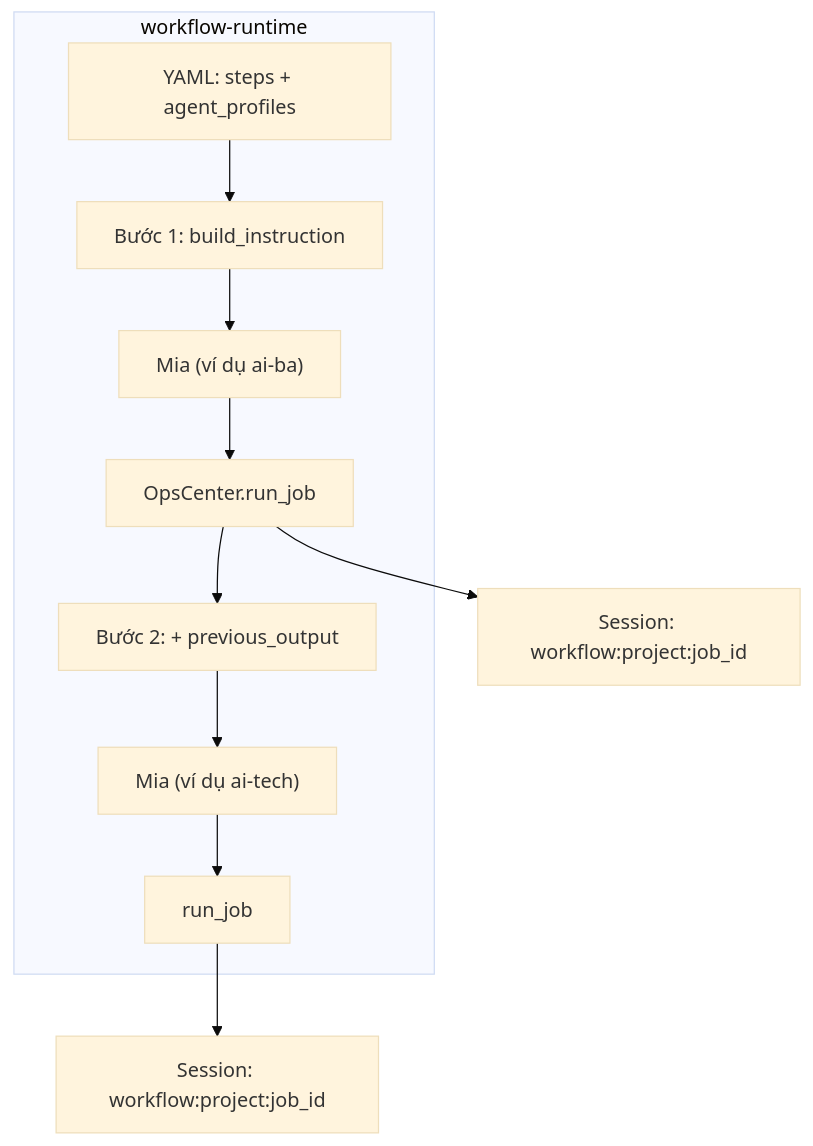
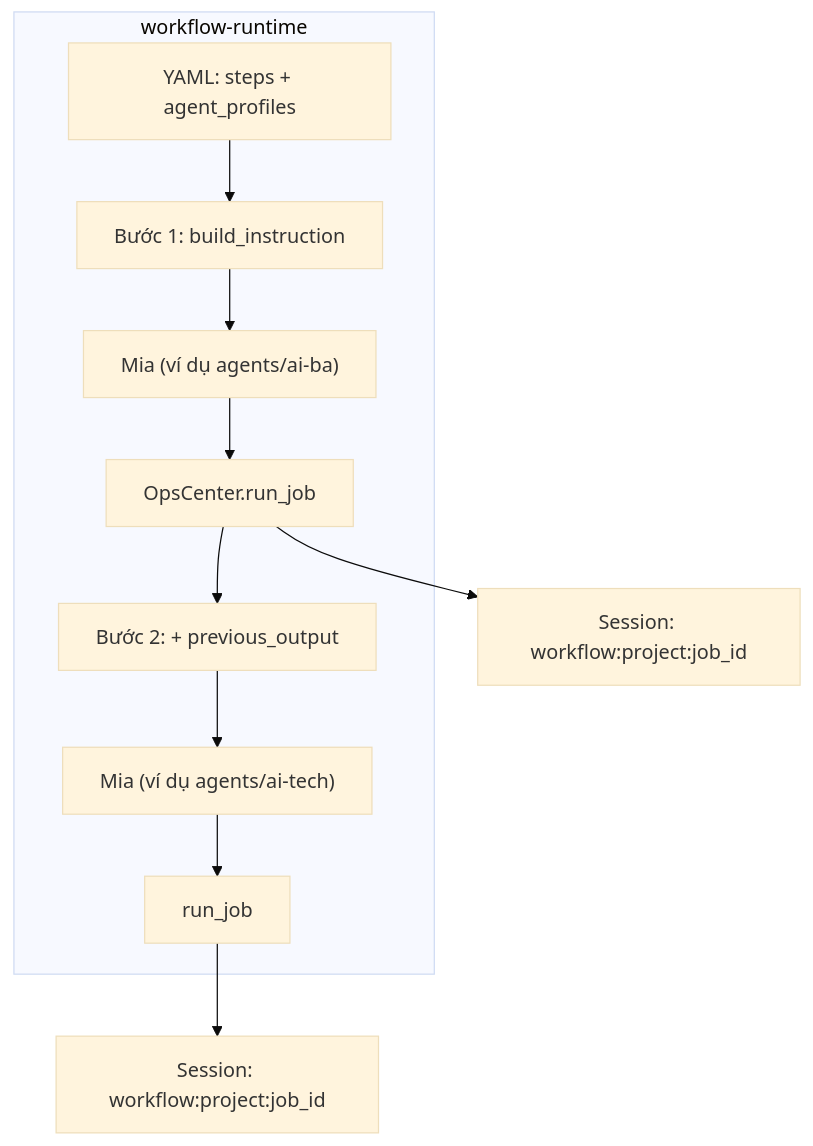
One commit to thieule/mia changed the first of 2 diagrams in workflow-runtime/docs/ARCHITECTURE.md. Above: the diagram before and after it, drawn with Mermaid (base theme). The commit also changed other lines of this file and 486 other files, not shown here.

````diff
--- a/workflow-runtime/docs/ARCHITECTURE.md
+++ b/workflow-runtime/docs/ARCHITECTURE.md
@@ -21,15 +21,15 @@
 ```mermaid
 flowchart TB
   subgraph wr["workflow-runtime"]
     Y[YAML: steps + agent_profiles]
     S1[Bước 1: build_instruction]
-    M1["Mia (ví dụ ai-ba)"]
+    M1["Mia (ví dụ agents/ai-ba)"]
     J1[OpsCenter.run_job]
     S2[Bước 2: + previous_output]
-    M2["Mia (ví dụ ai-tech)"]
+    M2["Mia (ví dụ agents/ai-tech)"]
     J2[run_job]
   end
   Y --> S1 --> M1 --> J1 --> S2 --> M2 --> J2
   J1 --> SK1["Session: workflow:project:job_id"]
   J2 --> SK2["Session: workflow:project:job_id"]
 ```
````
